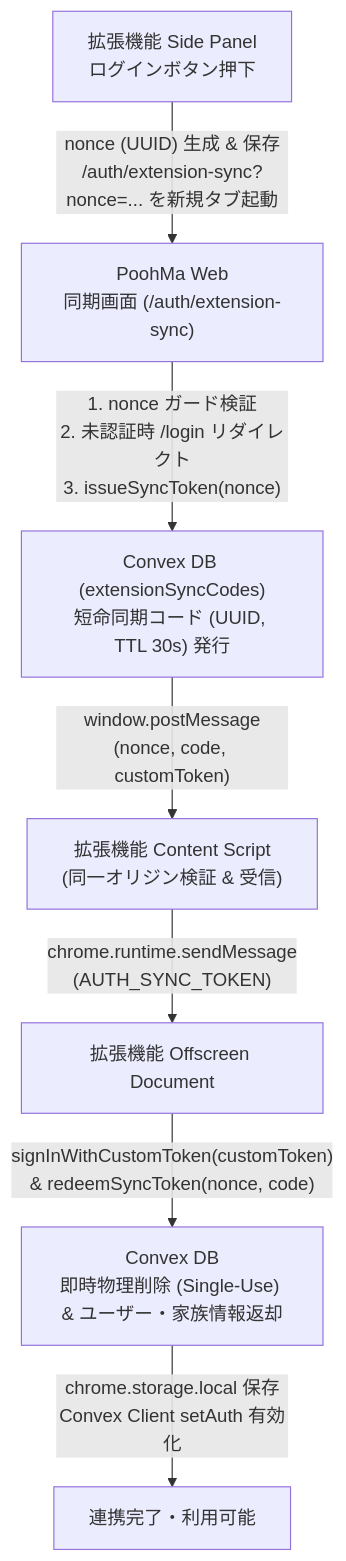
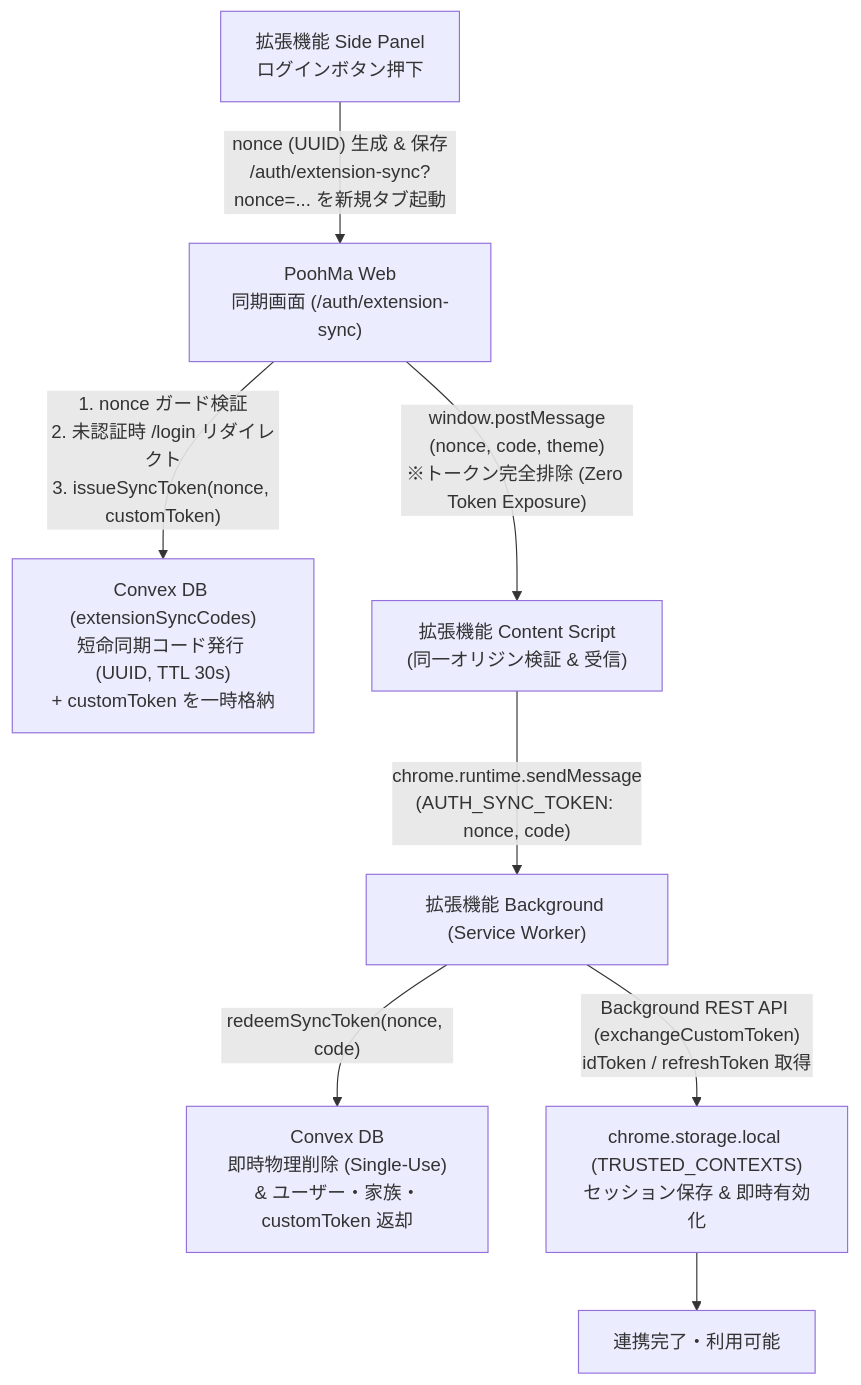
The ninth of 9 diagrams in .ai/domain.md (luthpg/poohma), drawn with Mermaid before and after one commit. The commit also changed other lines of this file and 12 other files, not shown here.

First line of the commit message:
﻿feat(extension): Zero Token Exposure バックチャネル同期と受動的動線（バッジ・openPopup）の強化

````diff
--- a/.ai/domain.md
+++ b/.ai/domain.md
@@ -433,9 +433,10 @@
 ```mermaid
 flowchart TD
     Ext["拡張機能 Side Panel<br/>ログインボタン押下"] -->|"nonce (UUID) 生成 & 保存<br/>/auth/extension-sync?nonce=... を新規タブ起動"| Web["PoohMa Web<br/>同期画面 (/auth/extension-sync)"]
-    Web -->|"1. nonce ガード検証<br/>2. 未認証時 /login リダイレクト<br/>3. issueSyncToken(nonce)"| ConvexIssue["Convex DB (extensionSyncCodes)<br/>短命同期コード (UUID, TTL 30s) 発行"]
-    ConvexIssue -->|"window.postMessage<br/>(nonce, code, customToken)"| ContentScript["拡張機能 Content Script<br/>(同一オリジン検証 & 受信)"]
-    ContentScript -->|"chrome.runtime.sendMessage<br/>(AUTH_SYNC_TOKEN)"| Offscreen["拡張機能 Offscreen Document"]
-    Offscreen -->|"signInWithCustomToken(customToken)<br/>& redeemSyncToken(nonce, code)"| ConvexRedeem["Convex DB<br/>即時物理削除 (Single-Use) & ユーザー・家族情報返却"]
-    ConvexRedeem -->|"chrome.storage.local 保存<br/>Convex Client setAuth 有効化"| Ready["連携完了・利用可能"]
+    Web -->|"1. nonce ガード検証<br/>2. 未認証時 /login リダイレクト<br/>3. issueSyncToken(nonce, customToken)"| ConvexIssue["Convex DB (extensionSyncCodes)<br/>短命同期コード発行 (UUID, TTL 30s)<br/>+ customToken を一時格納"]
+    Web -->|"window.postMessage<br/>(nonce, code, theme)<br/>※トークン完全排除 (Zero Token Exposure)"| ContentScript["拡張機能 Content Script<br/>(同一オリジン検証 & 受信)"]
+    ContentScript -->|"chrome.runtime.sendMessage<br/>(AUTH_SYNC_TOKEN: nonce, code)"| Background["拡張機能 Background (Service Worker)"]
+    Background -->|"redeemSyncToken(nonce, code)"| ConvexRedeem["Convex DB<br/>即時物理削除 (Single-Use)<br/>& ユーザー・家族・customToken 返却"]
+    Background -->|"Background REST API (exchangeCustomToken)<br/>idToken / refreshToken 取得"| Storage["chrome.storage.local (TRUSTED_CONTEXTS)<br/>セッション保存 & 即時有効化"]
+    Storage --> Ready["連携完了・利用可能"]
 ```
````
